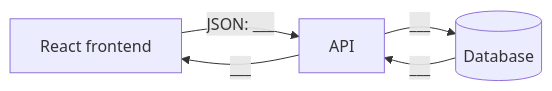
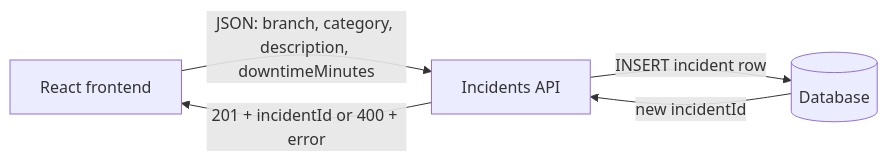
One commit to b-heredia/t7b-stories-to-design changed the second of 2 diagrams in design.md. Above: the diagram before and after it, drawn with Mermaid. The commit also changed other lines of this file and 1 other file, not shown here.

Commit message:
docs: add Card 1 design - workflow, components, schema

````diff
--- a/design.md
+++ b/design.md
@@ -40,7 +36,7 @@
 ```mermaid
 flowchart LR
-  FE[React frontend] -->|JSON: ___| API[API]
-  API -->|___| DB[(Database)]
-  DB -->|___| API
-  API -->|___| FE
+  FE[React frontend] -->|JSON: branch, category, description, downtimeMinutes| API[Incidents API]
+  API -->|INSERT incident row| DB[(Database)]
+  DB -->|new incidentId| API
+  API -->|201 + incidentId or 400 + error| FE
 ```
````
